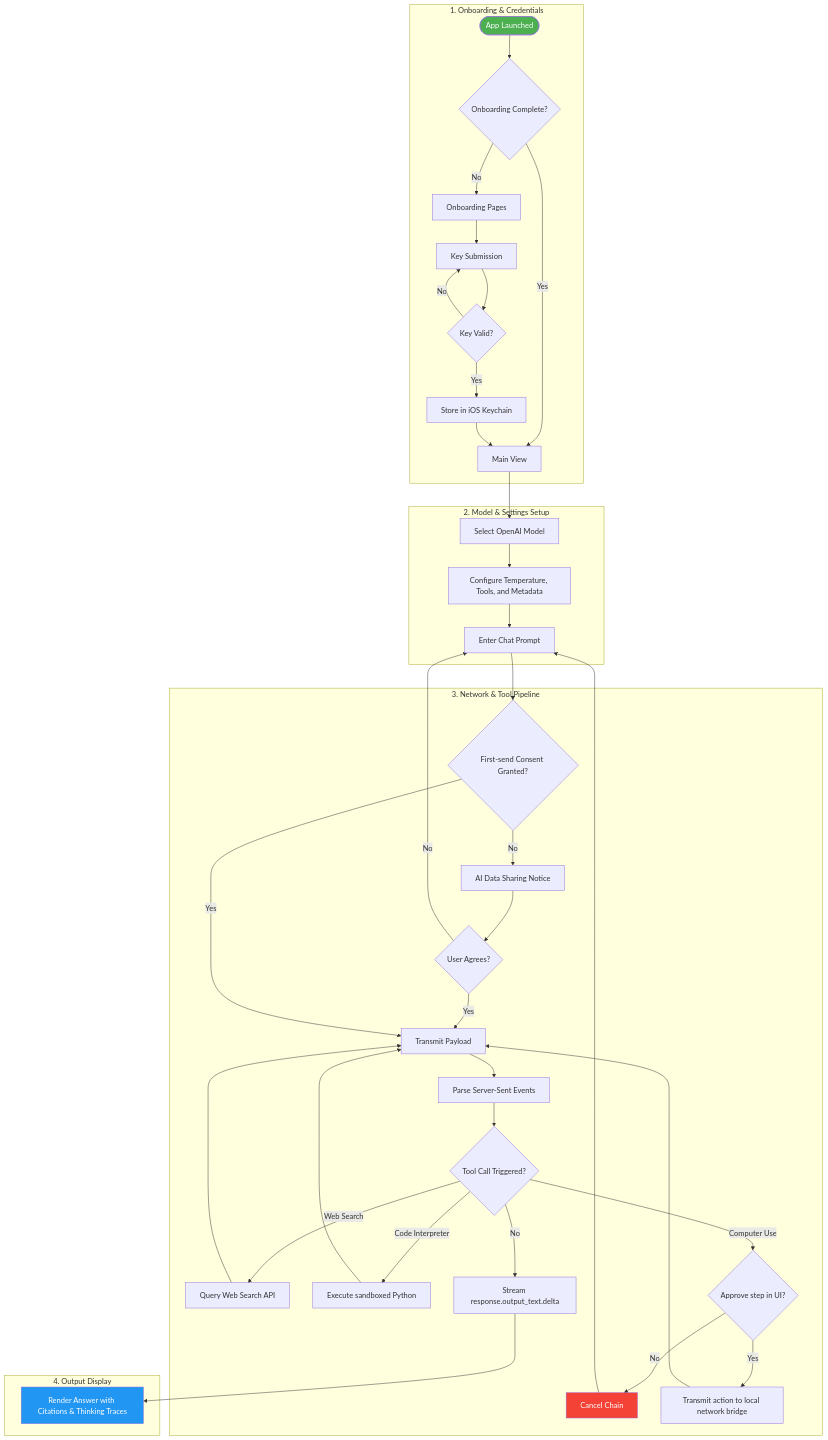
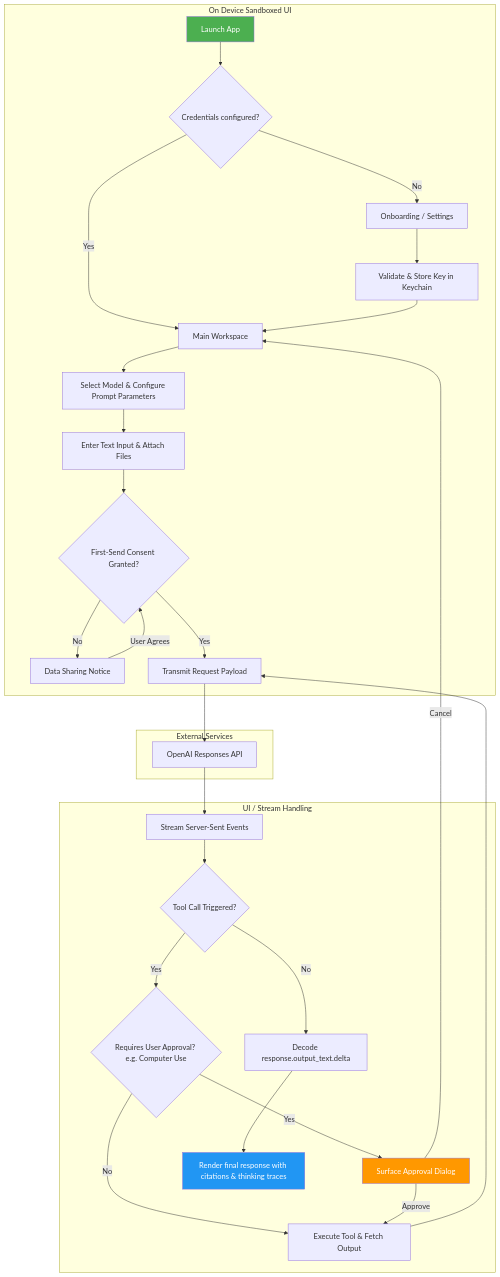
Before and after one commit to Gunnarguy/OpenResponses: the first of 4 diagrams in README.md, drawn with Mermaid. The commit also changed other lines of this file and 3 other files, not shown here.

````diff
--- a/README.md
+++ b/README.md
@@ -36,41 +58,36 @@
 ```mermaid
 flowchart TD
-    subgraph Launch["1. Onboarding & Credentials"]
-        Start([App Launched]) --> OnboardingCheck{Onboarding Complete?}
-        OnboardingCheck -->|No| OB[Onboarding Pages] --> AddKey[Key Submission]
-        OnboardingCheck -->|Yes| Main[Main View]
-        AddKey --> Validate{Key Valid?}
-        Validate -->|No| AddKey
-        Validate -->|Yes| SaveKey[Store in iOS Keychain] --> Main
+    subgraph OnDevice["On Device Sandboxed UI"]
+        A[Launch App] --> B{Credentials configured?}
+        B -->|No| C[Onboarding / Settings]
+        B -->|Yes| D[Main Workspace]
+        C --> E[Validate & Store Key in Keychain]
+        E --> D
+        D --> F[Select Model & Configure Prompt Parameters]
+        F --> G[Enter Text Input & Attach Files]
+        G --> H{First-Send Consent Granted?}
+        H -->|No| I[Data Sharing Notice]
+        I -->|User Agrees| H
+        H -->|Yes| J[Transmit Request Payload]
     end
 
-    subgraph PromptSetup["2. Model & Settings Setup"]
-        Main --> ModelPick[Select OpenAI Model]
-        ModelPick --> ParamSet[Configure Temperature, Tools, and Metadata]
-        ParamSet --> UserPrompt[Enter Chat Prompt]
+    subgraph External["External Services"]
+        J --> K[OpenAI Responses API]
     end
 
-    subgraph Execution["3. Network & Tool Pipeline"]
-        UserPrompt --> ConsentCheck{First-send Consent Granted?}
-        ConsentCheck -->|No| Notice[AI Data Sharing Notice] --> Consent{User Agrees?}
-        Consent -->|No| UserPrompt
-        Consent -->|Yes| Send[Transmit Payload]
-        ConsentCheck -->|Yes| Send
-        Send --> SSE[Parse Server-Sent Events]
-        SSE --> ToolCheck{Tool Call Triggered?}
-        ToolCheck -->|Web Search| RunWeb[Query Web Search API] --> Send
-        ToolCheck -->|Code Interpreter| RunCode[Execute sandboxed Python] --> Send
-        ToolCheck -->|Computer Use| ConfirmComputer{Approve step in UI?}
-        ConfirmComputer -->|No| Cancel[Cancel Chain] --> UserPrompt
-        ConfirmComputer -->|Yes| RunComp[Transmit action to local network bridge] --> Send
-        ToolCheck -->|No| FinalStream[Stream response.output_text.delta]
+    subgraph UI["UI / Stream Handling"]
+        K --> L[Stream Server-Sent Events]
+        L --> M{Tool Call Triggered?}
+        M -->|Yes| N{Requires User Approval? e.g. Computer Use}
+        N -->|No| O[Execute Tool & Fetch Output] --> J
+        N -->|Yes| P[Surface Approval Dialog]
+        P -->|Approve| O
+        P -->|Cancel| D
+        M -->|No| Q[Decode response.output_text.delta]
+        Q --> R[Render final response with citations & thinking traces]
     end
 
-    subgraph Completion["4. Output Display"]
-        FinalStream --> Display[Render Answer with Citations & Thinking Traces]
-    end
-
-    style Start fill:#4CAF50,color:#fff
-    style Display fill:#2196F3,color:#fff
-    style Cancel fill:#f44336,color:#fff
+    style A fill:#4CAF50,color:#fff
+    style R fill:#2196F3,color:#fff
+    style P fill:#FF9800,color:#fff
 ```
````
